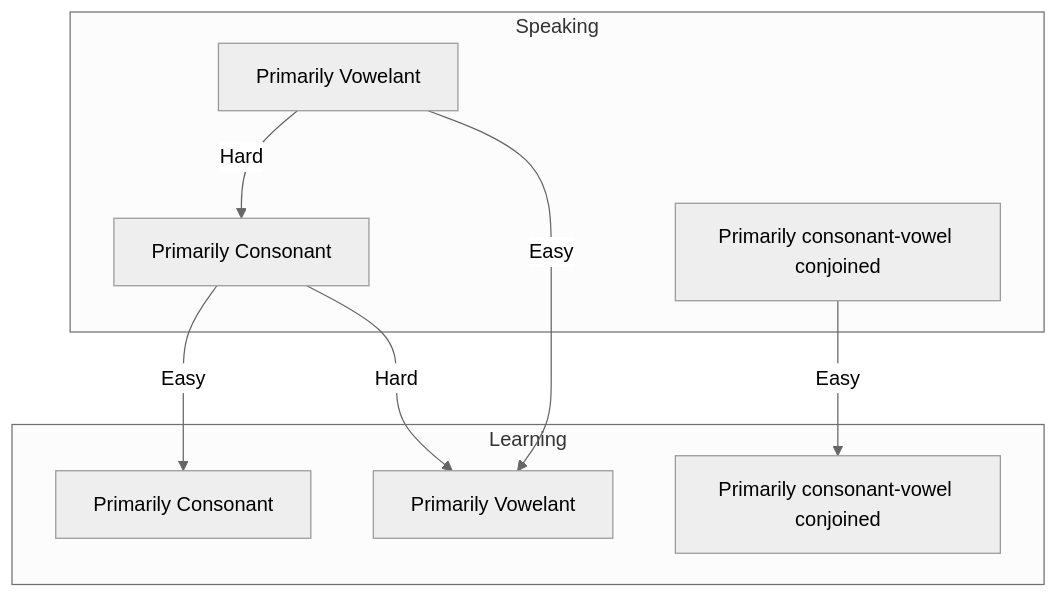
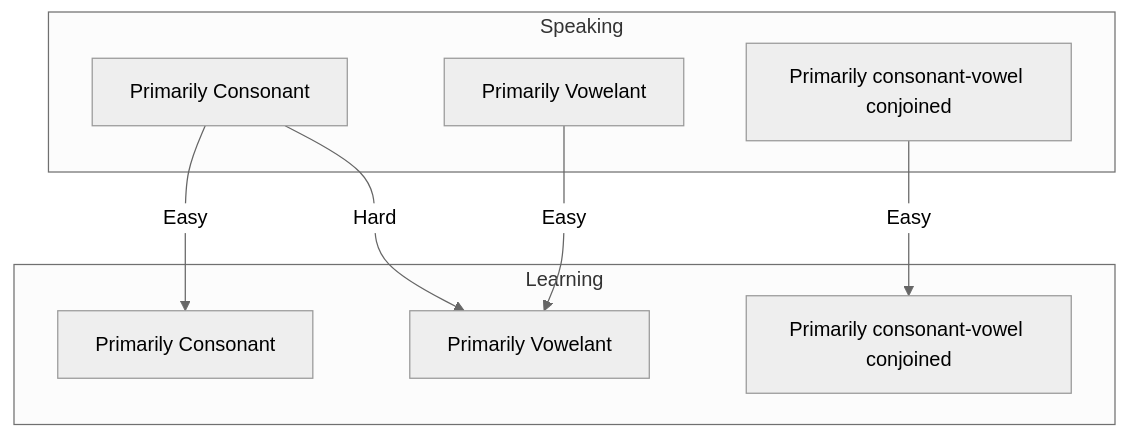
Before and after one commit to bendqh1/mermaid: the diagram in general_communication_languages_categorization_for_learning.md, drawn with Mermaid (neutral theme).

````diff
--- a/general_communication_languages_categorization_for_learning.md
+++ b/general_communication_languages_categorization_for_learning.md
@@ -11,22 +11,21 @@
 ```mermaid
 flowchart TD
 
   subgraph A [Speaking]
     A1[Primarily Consonant]
     A2[Primarily Vowelant]
     A3[Primarily consonant-vowel conjoined]
   end
 
   subgraph B [Learning]
     B1[Primarily Consonant]
     B2[Primarily Vowelant]
     B3[Primarily consonant-vowel conjoined]
   end
 
   A1 --> |Easy| B1
   A2 --> |Easy| B2
   A3 --> |Easy| B3
 
   A1 --> |Hard| B2
-  A2 --> |Hard| A1  
 ```
````
